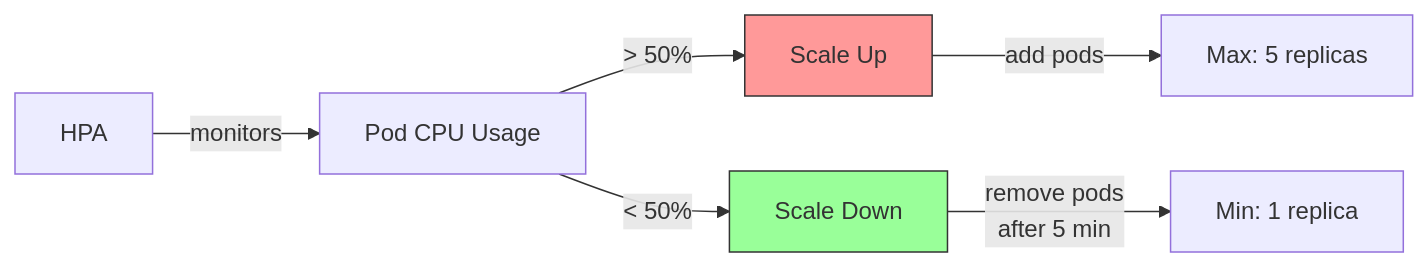
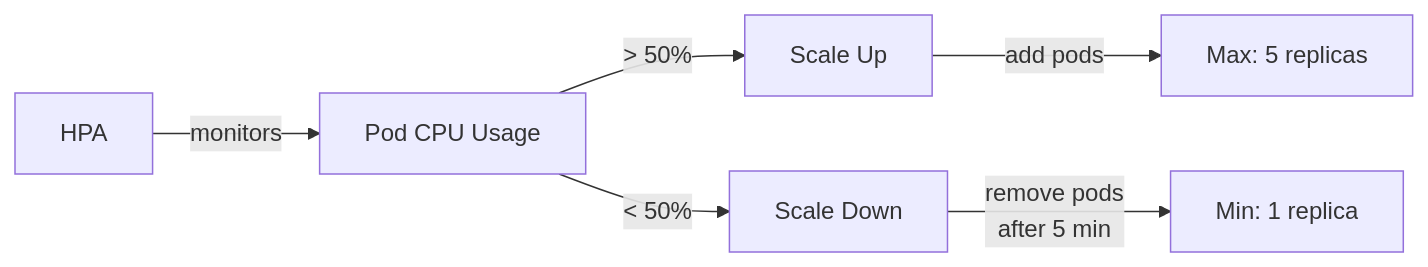
The fourth of 7 diagrams in README.md (githuber20202/jb-gitops), drawn with Mermaid before and after one commit. The commit also changed other lines of this file, not shown here.

````diff
--- a/README.md
+++ b/README.md
@@ -202,11 +193,8 @@
 ```mermaid
 graph LR
     A[HPA] -->|monitors| B[Pod CPU Usage]
     B -->|> 50%| C[Scale Up]
     B -->|< 50%| D[Scale Down]
     C -->|add pods| E[Max: 5 replicas]
     D -->|remove pods<br/>after 5 min| F[Min: 1 replica]
-    
-    style C fill:#f99,stroke:#333
-    style D fill:#9f9,stroke:#333
 ```
````
